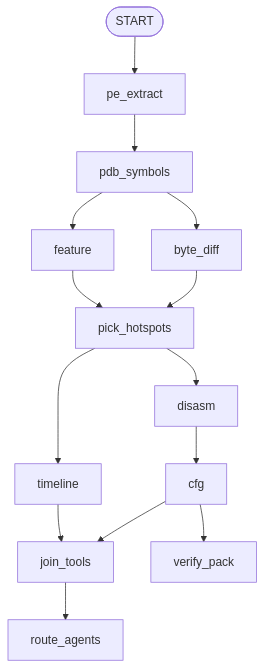
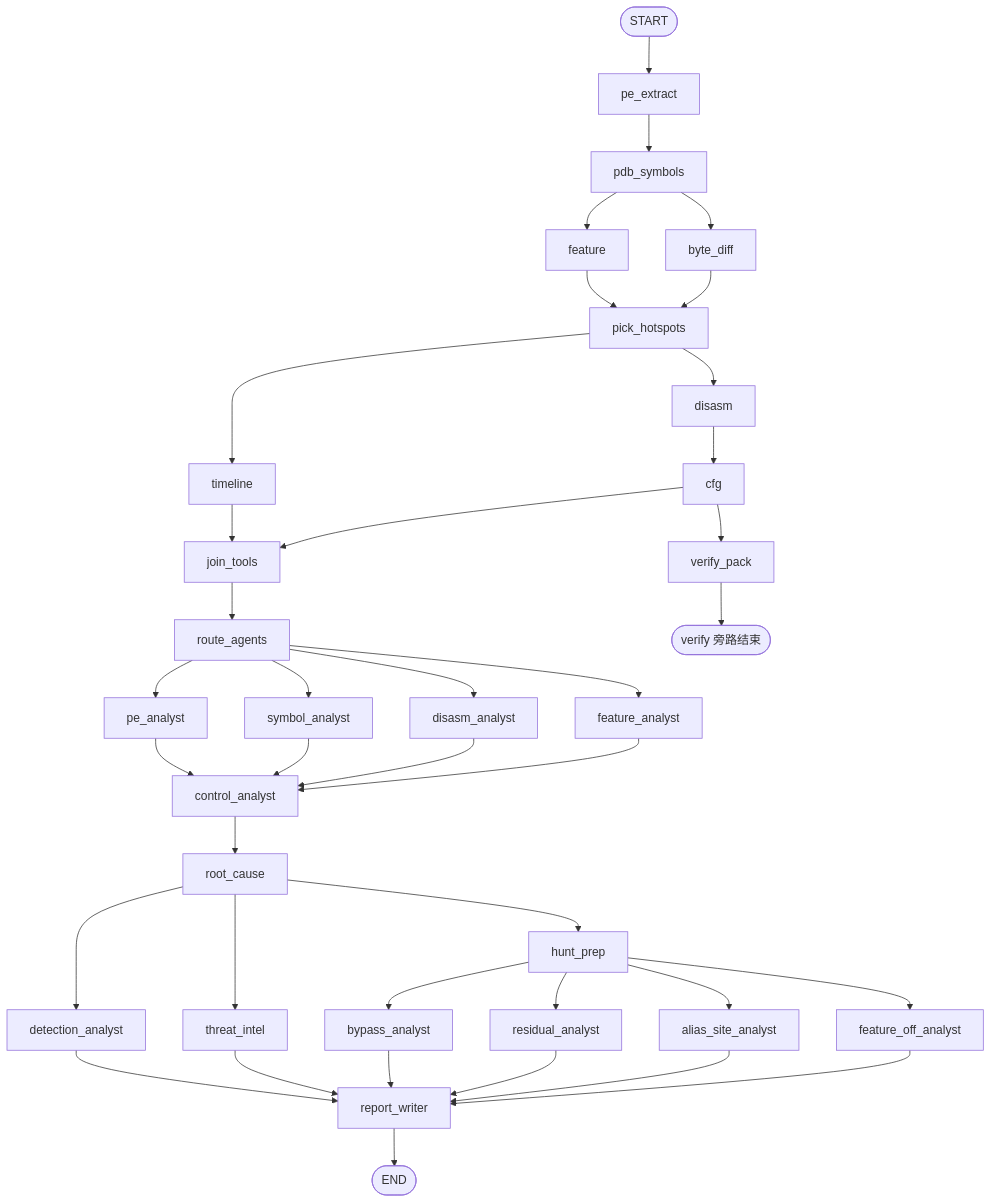
The fourth of 7 diagrams in README.md (CnOxx1/Patchalyzer.ai), drawn with Mermaid before and after one commit. The commit also changed other lines of this file, not shown here.

Commit message:
Add architecture and logic-flow diagrams to the README.

````diff
--- a/README.md
+++ b/README.md
@@ -146,16 +249,45 @@
 ```mermaid
 flowchart TD
   START([START]) --> pe_extract
   pe_extract --> pdb_symbols
   pdb_symbols --> feature
   pdb_symbols --> byte_diff
   feature --> pick_hotspots
   byte_diff --> pick_hotspots
   pick_hotspots --> timeline
   pick_hotspots --> disasm
   disasm --> cfg
   timeline --> join_tools
   cfg --> join_tools
   cfg --> verify_pack
+  verify_pack --> END_V([verify 旁路结束])
   join_tools --> route_agents
+
+  route_agents --> pe_analyst
+  route_agents --> symbol_analyst
+  route_agents --> disasm_analyst
+  route_agents --> feature_analyst
+
+  pe_analyst --> control_analyst
+  symbol_analyst --> control_analyst
+  disasm_analyst --> control_analyst
+  feature_analyst --> control_analyst
+
+  control_analyst --> root_cause
+  root_cause --> detection_analyst
+  root_cause --> threat_intel
+  root_cause --> hunt_prep
+
+  hunt_prep --> bypass_analyst
+  hunt_prep --> residual_analyst
+  hunt_prep --> alias_site_analyst
+  hunt_prep --> feature_off_analyst
+
+  detection_analyst --> report_writer
+  threat_intel --> report_writer
+  bypass_analyst --> report_writer
+  residual_analyst --> report_writer
+  alias_site_analyst --> report_writer
+  feature_off_analyst --> report_writer
+  report_writer --> ENDN([END])
 ```
````
